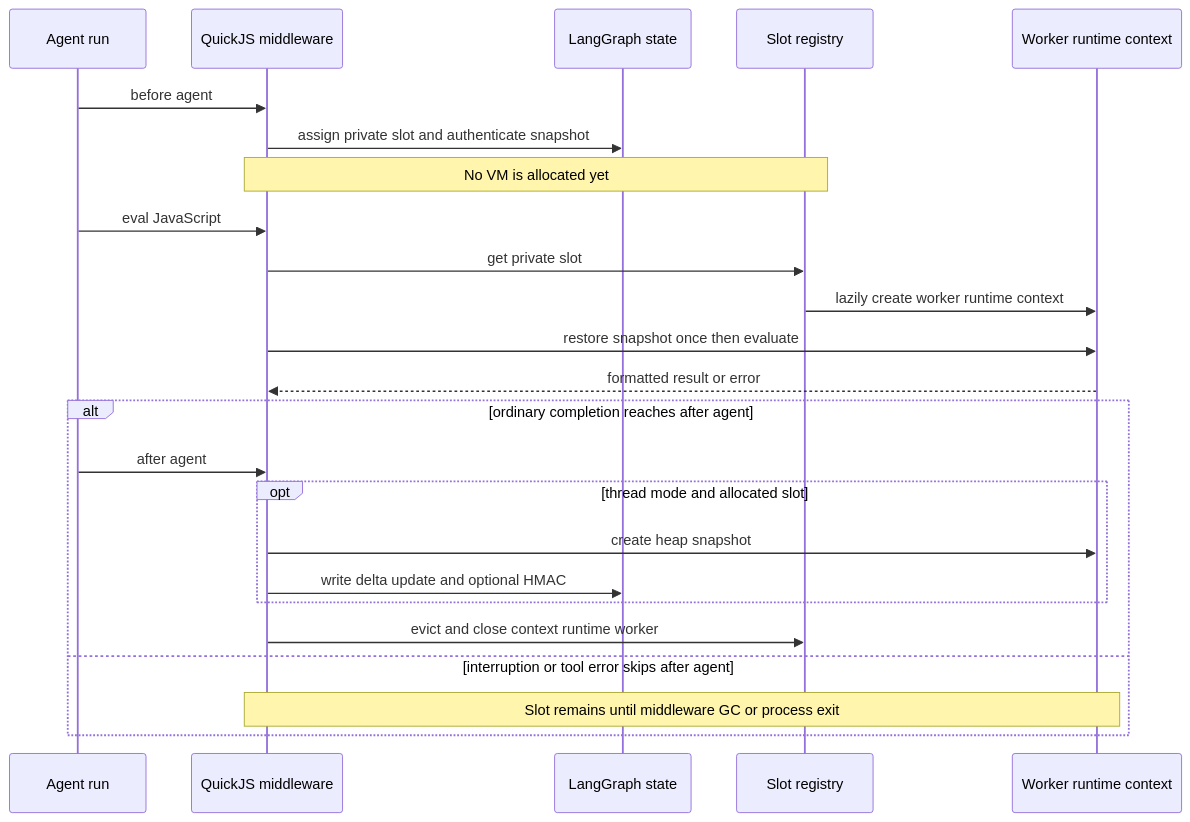
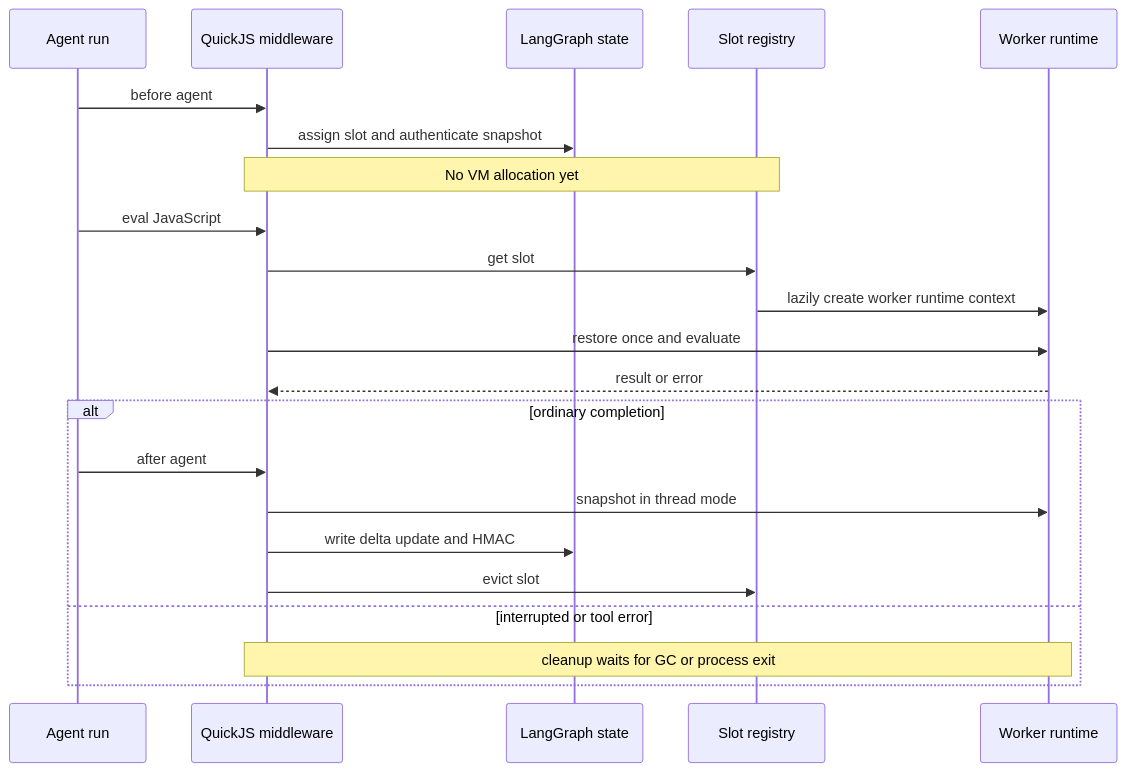
Before and after one commit to langchain-ai/deepagents: the second of 2 diagrams in openwiki/integrations/sandbox-partners.md, drawn with Mermaid. The commit also changed other lines of this file and 63 other files, not shown here.

````diff
--- a/openwiki/integrations/sandbox-partners.md
+++ b/openwiki/integrations/sandbox-partners.md
@@ -119,26 +150,24 @@
 ```mermaid
 sequenceDiagram
-    participant Run as Agent run
-    participant MW as QuickJS middleware
+    participant Agent as Agent run
+    participant Middleware as QuickJS middleware
     participant Store as LangGraph state
-    participant Reg as Slot registry
-    participant QJS as Worker runtime context
-    Run->>MW: before agent
-    MW->>Store: assign private slot and authenticate snapshot
-    Note over MW,Reg: No VM is allocated yet
-    Run->>MW: eval JavaScript
-    MW->>Reg: get private slot
-    Reg->>QJS: lazily create worker runtime context
-    MW->>QJS: restore snapshot once then evaluate
-    QJS-->>MW: formatted result or error
-    alt ordinary completion reaches after agent
-        Run->>MW: after agent
-        opt thread mode and allocated slot
-            MW->>QJS: create heap snapshot
-            MW->>Store: write delta update and optional HMAC
-        end
-        MW->>Reg: evict and close context runtime worker
-    else interruption or tool error skips after agent
-        Note over MW,QJS: Slot remains until middleware GC or process exit
+    participant Registry as Slot registry
+    participant Runtime as Worker runtime
+    Agent->>Middleware: before agent
+    Middleware->>Store: assign slot and authenticate snapshot
+    Note over Middleware,Registry: No VM allocation yet
+    Agent->>Middleware: eval JavaScript
+    Middleware->>Registry: get slot
+    Registry->>Runtime: lazily create worker runtime context
+    Middleware->>Runtime: restore once and evaluate
+    Runtime-->>Middleware: result or error
+    alt ordinary completion
+        Agent->>Middleware: after agent
+        Middleware->>Runtime: snapshot in thread mode
+        Middleware->>Store: write delta update and HMAC
+        Middleware->>Registry: evict slot
+    else interrupted or tool error
+        Note over Middleware,Runtime: cleanup waits for GC or process exit
     end
 ```
````
